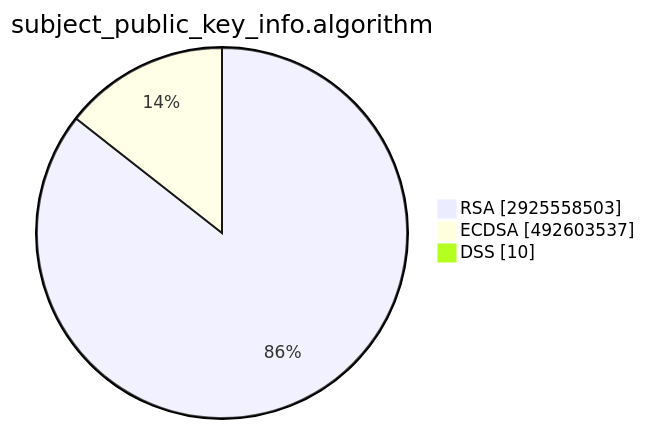
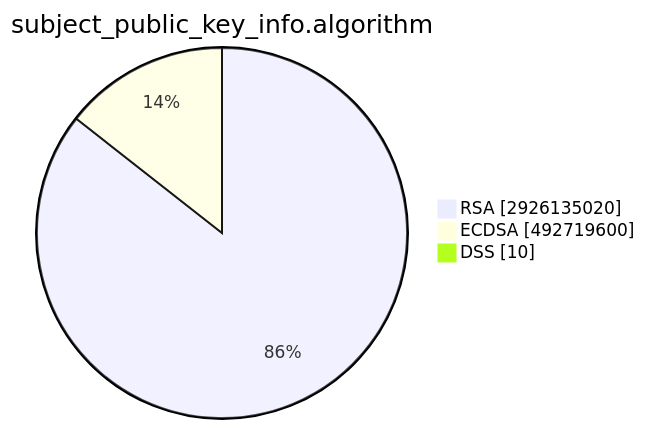
Before and after one commit to christiankrug/ctmonitor_visualization: the second of 15 diagrams in TOTAL/README.md, drawn with Mermaid. The commit also changed other lines of this file, not shown here.

````diff
--- a/TOTAL/README.md
+++ b/TOTAL/README.md
@@ -6,7 +6,7 @@
 ```mermaid
 pie showData
 title subject_public_key_info.algorithm
-"RSA" :2925558503
-"ECDSA" :492603537
+"RSA" :2926135020
+"ECDSA" :492719600
 "DSS" :10
 ```
````
